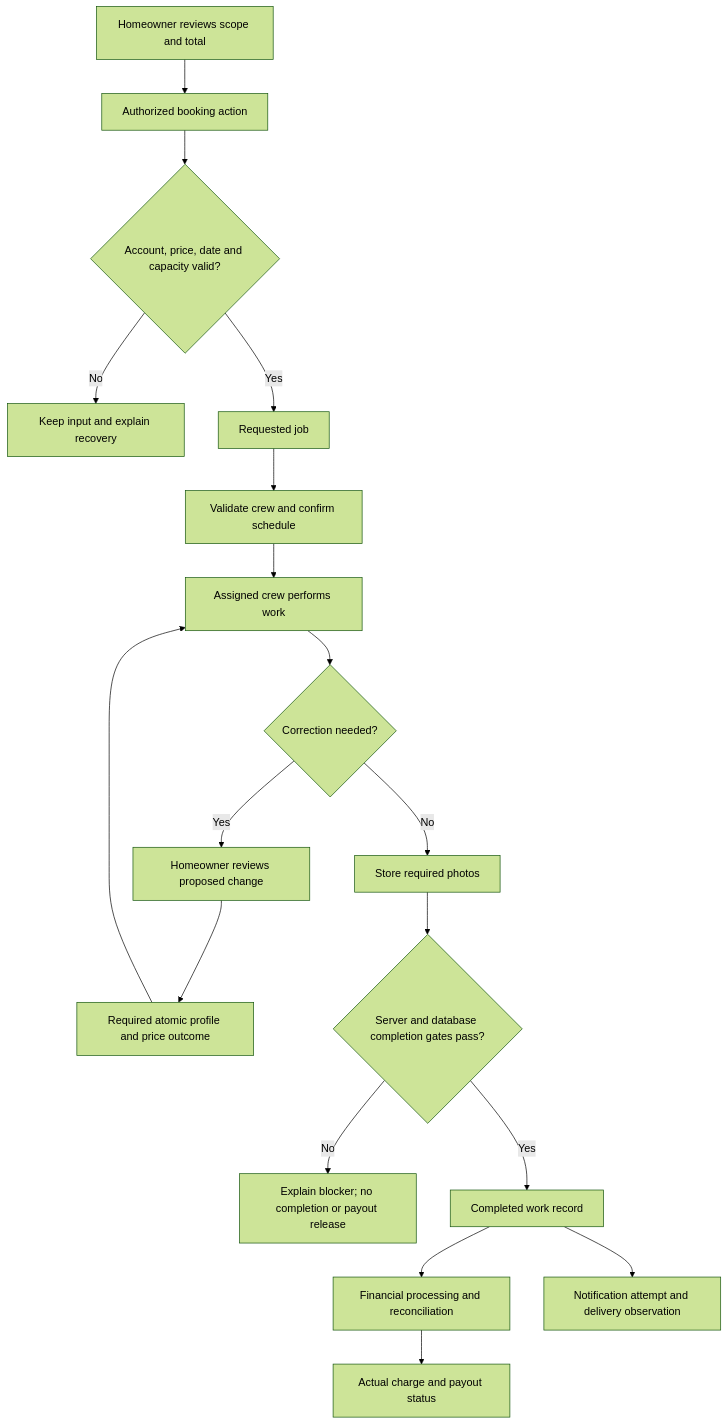
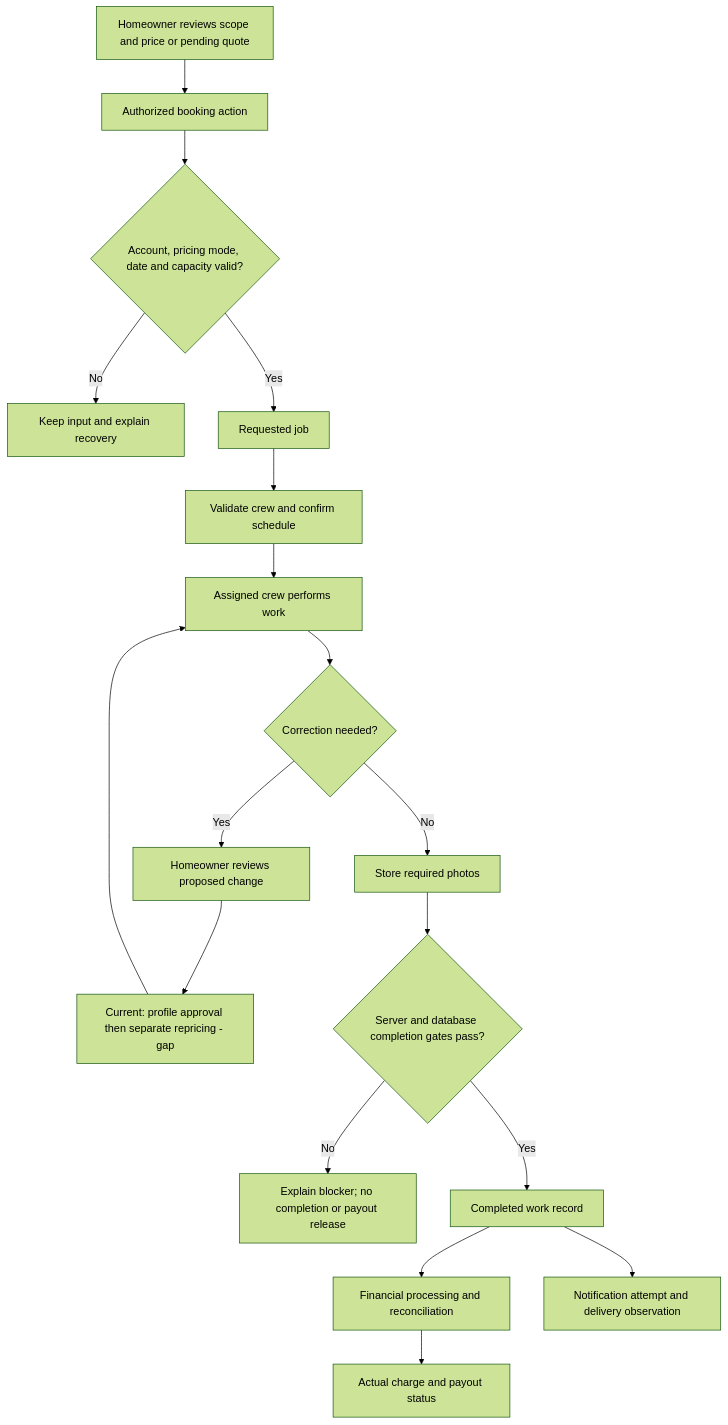
Before and after one commit to BDDevCo/lakelife: the diagram in output/lakelife-product-handbook/diagrams/service-journey.mmd, drawn with Mermaid (forest theme). The commit also changed 48 other files, not shown here.

```diff
--- a/output/lakelife-product-handbook/diagrams/service-journey.mmd
+++ b/output/lakelife-product-handbook/diagrams/service-journey.mmd
@@ -1,18 +1,18 @@
 flowchart TD
- A[Homeowner reviews scope and total] --> B[Authorized booking action]
- B --> C{Account, price, date and capacity valid?}
+ A[Homeowner reviews scope and price or pending quote] --> B[Authorized booking action]
+ B --> C{Account, pricing mode, date and capacity valid?}
  C -->|No| D[Keep input and explain recovery]
  C -->|Yes| E[Requested job]
  E --> F[Validate crew and confirm schedule]
  F --> G[Assigned crew performs work]
  G --> H{Correction needed?}
  H -->|Yes| I[Homeowner reviews proposed change]
- I --> J[Required atomic profile and price outcome]
+ I --> J[Current: profile approval then separate repricing - gap]
  J --> G
  H -->|No| K[Store required photos]
  K --> L{Server and database completion gates pass?}
  L -->|No| M[Explain blocker; no completion or payout release]
  L -->|Yes| N[Completed work record]
  N --> O[Financial processing and reconciliation]
  O --> P[Actual charge and payout status]
  N --> Q[Notification attempt and delivery observation]
```
